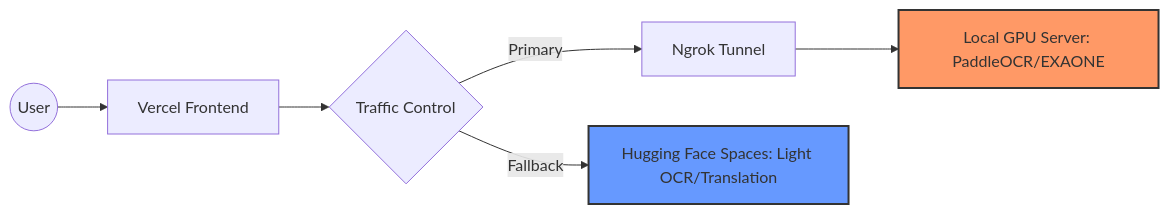
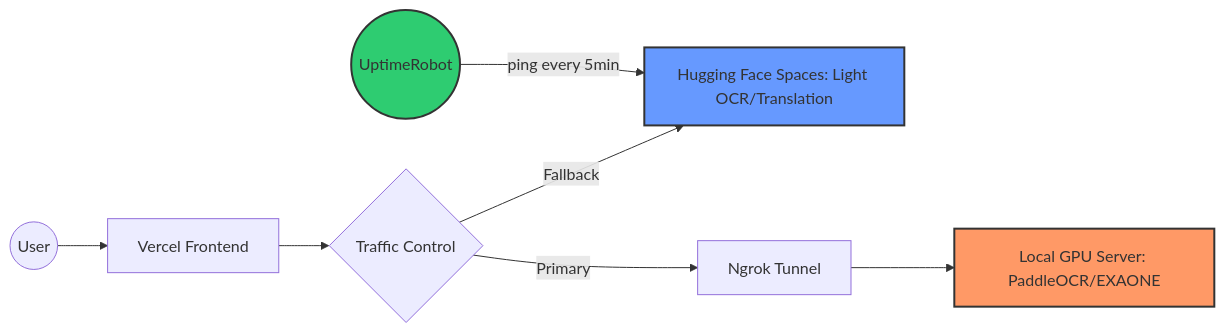
Before and after one commit to G0ngsy/zh-trans: the first of 2 diagrams in README.md, drawn with Mermaid. The commit also changed other lines of this file, not shown here.

````diff
--- a/README.md
+++ b/README.md
@@ -118,11 +121,13 @@
 ```mermaid
 graph LR
+    UptimeRobot((UptimeRobot)) -- ping every 5min --> HF
     User((User)) --> Vercel[Vercel Frontend]
     Vercel --> LB{Traffic Control}
     LB -- Primary --> Ngrok[Ngrok Tunnel]
     Ngrok --> Local[Local GPU Server: PaddleOCR/EXAONE]
     LB -- Fallback --> HF[Hugging Face Spaces: Light OCR/Translation]
-
+ 
     style Local fill:#f96,stroke:#333,stroke-width:2px
     style HF fill:#69f,stroke:#333,stroke-width:2px
+    style UptimeRobot fill:#2ecc71,stroke:#333,stroke-width:2px
 ```
````
